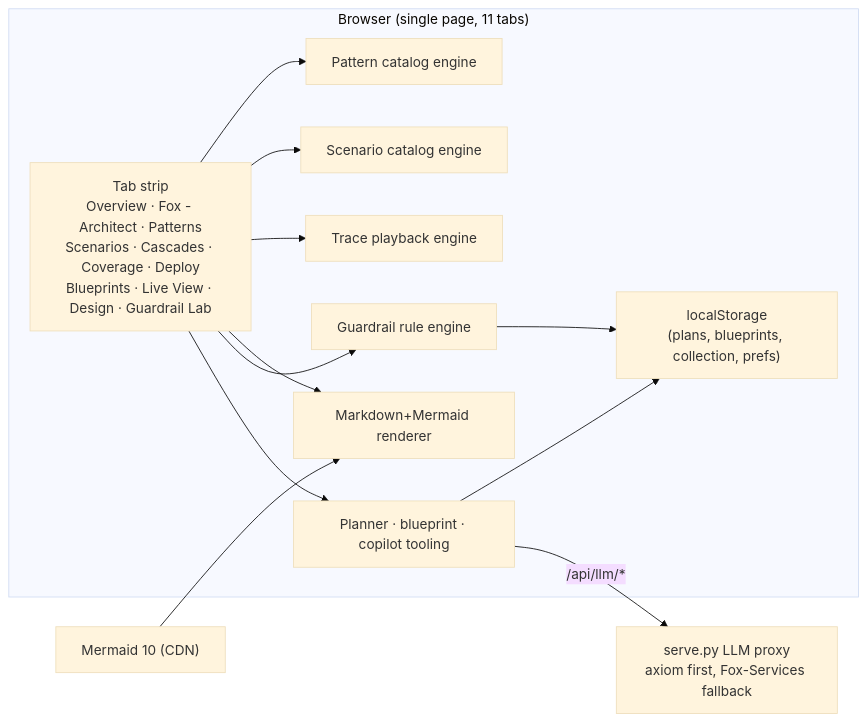
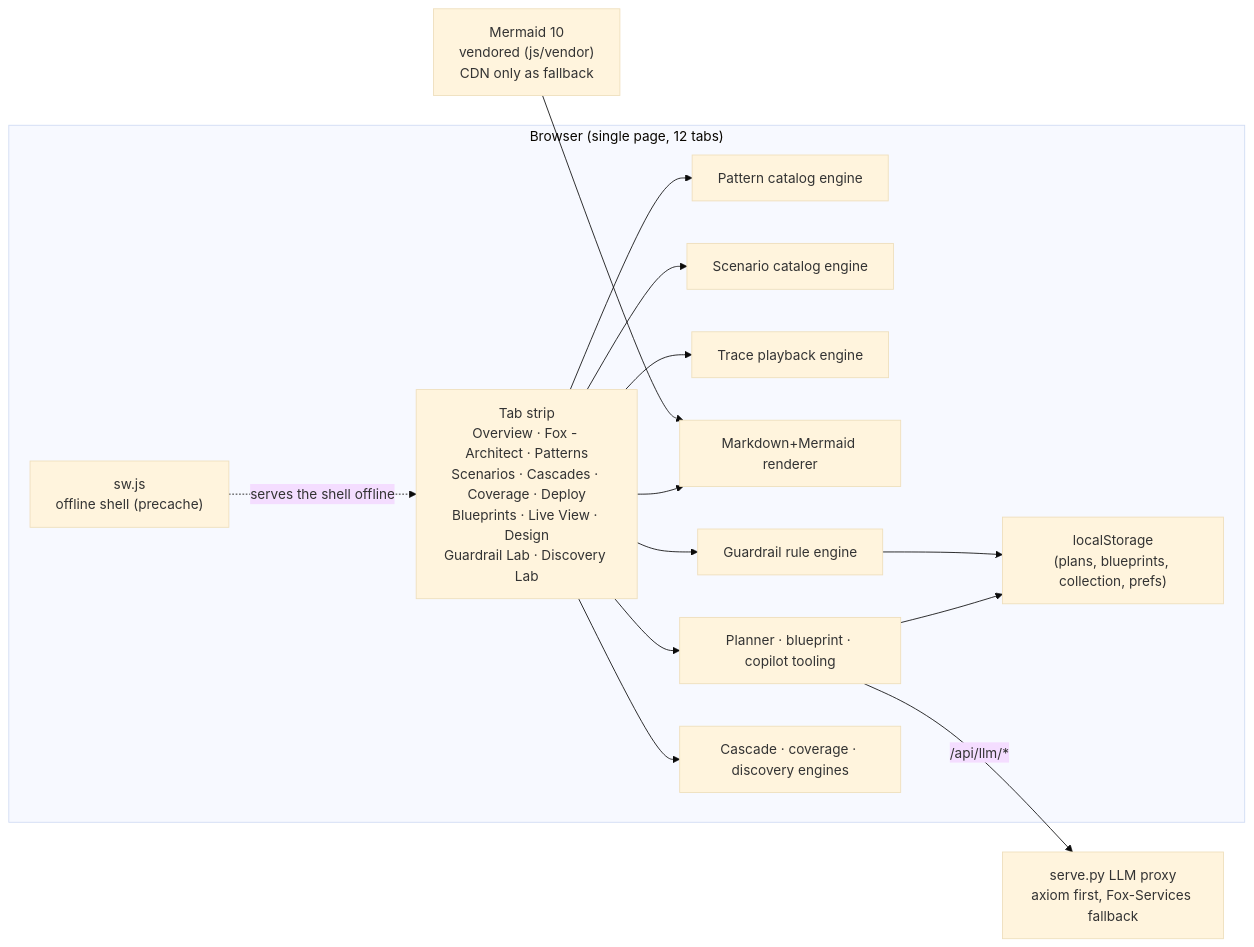
The second of 3 diagrams in design/01-system-context.md (harishgovardhandamodar/AI-Agents-Patterns), drawn with Mermaid (base theme) before and after one commit. The commit also changed other lines of this file and 11 other files, not shown here.

First line of the commit message:
Docs: refresh design & architecture for the current app + new runtime/offline doc

````diff
--- a/design/01-system-context.md
+++ b/design/01-system-context.md
@@ -51,19 +55,22 @@
 ```mermaid
 flowchart LR
-  subgraph BROWSER["Browser (single page, 11 tabs)"]
-    TABS["Tab strip<br/>Overview · Fox - Architect · Patterns<br/>Scenarios · Cascades · Coverage · Deploy<br/>Blueprints · Live View · Design · Guardrail Lab"]
+  subgraph BROWSER["Browser (single page, 12 tabs)"]
+    TABS["Tab strip<br/>Overview · Fox - Architect · Patterns<br/>Scenarios · Cascades · Coverage · Deploy<br/>Blueprints · Live View · Design<br/>Guardrail Lab · Discovery Lab"]
     ENG1["Pattern catalog engine"]
     ENG2["Scenario catalog engine"]
     ENG3["Trace playback engine"]
     ENG4["Markdown+Mermaid renderer"]
     ENG5["Guardrail rule engine"]
     ENG6["Planner · blueprint · copilot tooling"]
+    ENG7["Cascade · coverage · discovery engines"]
     STORE["localStorage<br/>(plans, blueprints, collection, prefs)"]
+    SW["sw.js<br/>offline shell (precache)"]
   end
 
-  CDN["Mermaid 10 (CDN)"] --> ENG4
-  TABS --> ENG1 & ENG2 & ENG3 & ENG4 & ENG5 & ENG6
+  MM["Mermaid 10<br/>vendored (js/vendor)<br/>CDN only as fallback"] --> ENG4
+  TABS --> ENG1 & ENG2 & ENG3 & ENG4 & ENG5 & ENG6 & ENG7
   ENG5 --> STORE
   ENG6 --> STORE
+  SW -.->|"serves the shell offline"| TABS
   ENG6 -->|/api/llm/*| PROXY["serve.py LLM proxy<br/>axiom first, Fox-Services fallback"]
 ```
````
